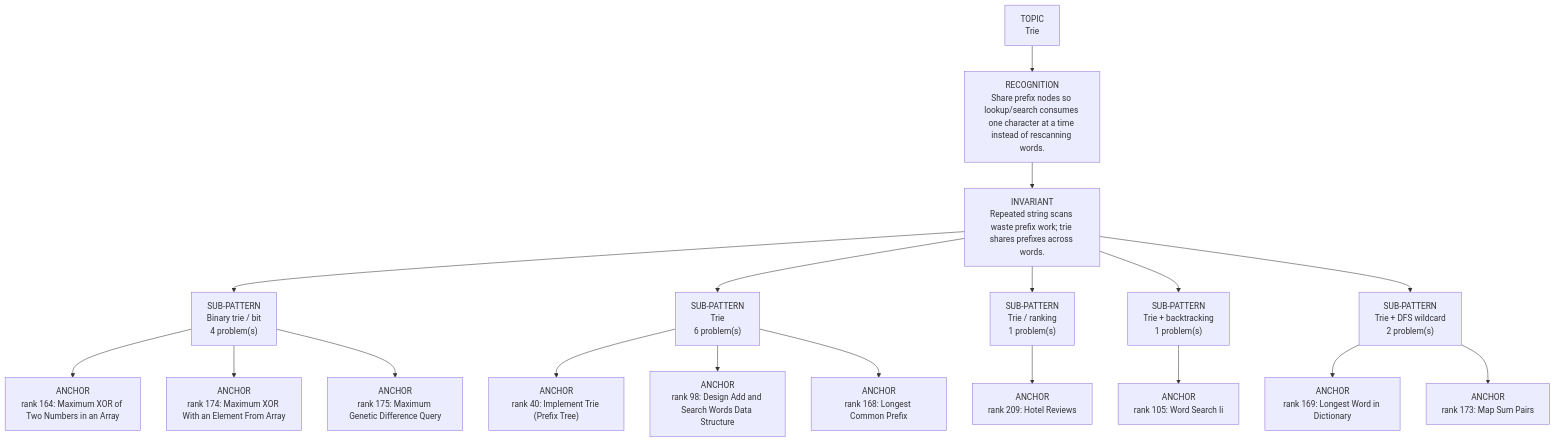
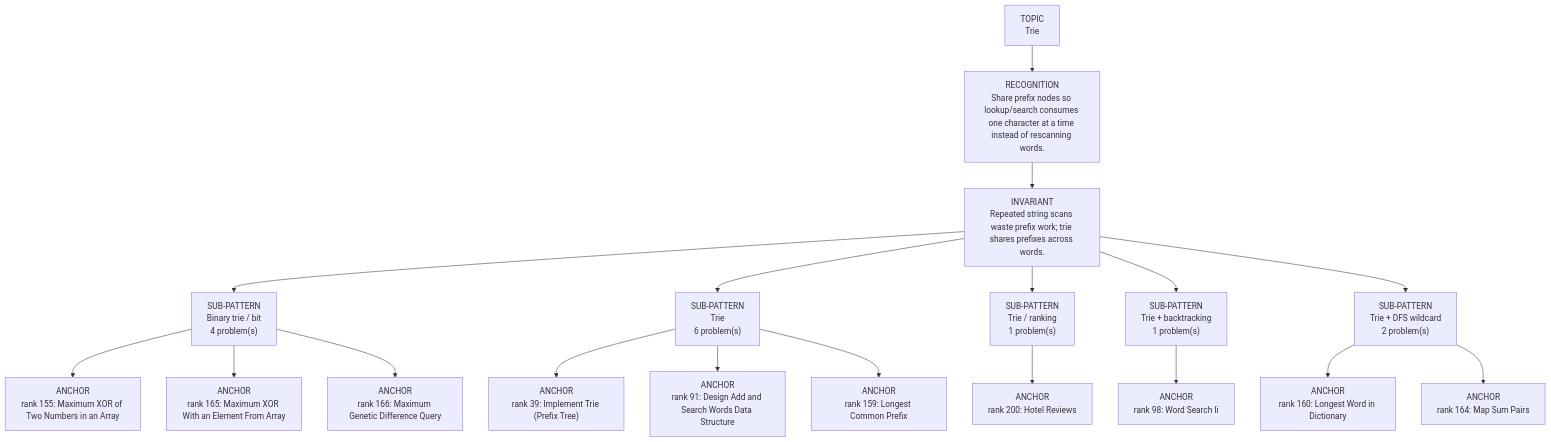
The diagram in dsa-review/interview/patterns/17_trie.md (thechiranjeevjain/DSA10days), drawn with Mermaid before and after one commit. The commit also changed other lines of this file and 61 other files, not shown here.

````diff
--- a/dsa-review/interview/patterns/17_trie.md
+++ b/dsa-review/interview/patterns/17_trie.md
@@ -15,22 +15,22 @@
 ```mermaid
 flowchart TD
   Topic["TOPIC<br/>Trie"]
   Recognition["RECOGNITION<br/>Share prefix nodes so lookup/search consumes one character at a time instead of rescanning words."]
   Invariant["INVARIANT<br/>Repeated string scans waste prefix work; trie shares prefixes across words."]
   Topic --> Recognition --> Invariant
   Invariant --> Sub01["SUB-PATTERN<br/>Binary trie / bit<br/>4 problem(s)"]
-  Sub01 --> Sub01A01["ANCHOR<br/>rank 164: Maximum XOR of Two Numbers in an Array"]
-  Sub01 --> Sub01A02["ANCHOR<br/>rank 174: Maximum XOR With an Element From Array"]
-  Sub01 --> Sub01A03["ANCHOR<br/>rank 175: Maximum Genetic Difference Query"]
+  Sub01 --> Sub01A01["ANCHOR<br/>rank 155: Maximum XOR of Two Numbers in an Array"]
+  Sub01 --> Sub01A02["ANCHOR<br/>rank 165: Maximum XOR With an Element From Array"]
+  Sub01 --> Sub01A03["ANCHOR<br/>rank 166: Maximum Genetic Difference Query"]
   Invariant --> Sub02["SUB-PATTERN<br/>Trie<br/>6 problem(s)"]
-  Sub02 --> Sub02A01["ANCHOR<br/>rank 40: Implement Trie (Prefix Tree)"]
-  Sub02 --> Sub02A02["ANCHOR<br/>rank 98: Design Add and Search Words Data Structure"]
-  Sub02 --> Sub02A03["ANCHOR<br/>rank 168: Longest Common Prefix"]
+  Sub02 --> Sub02A01["ANCHOR<br/>rank 39: Implement Trie (Prefix Tree)"]
+  Sub02 --> Sub02A02["ANCHOR<br/>rank 91: Design Add and Search Words Data Structure"]
+  Sub02 --> Sub02A03["ANCHOR<br/>rank 159: Longest Common Prefix"]
   Invariant --> Sub03["SUB-PATTERN<br/>Trie / ranking<br/>1 problem(s)"]
-  Sub03 --> Sub03A01["ANCHOR<br/>rank 209: Hotel Reviews"]
+  Sub03 --> Sub03A01["ANCHOR<br/>rank 200: Hotel Reviews"]
   Invariant --> Sub04["SUB-PATTERN<br/>Trie + backtracking<br/>1 problem(s)"]
-  Sub04 --> Sub04A01["ANCHOR<br/>rank 105: Word Search Ii"]
+  Sub04 --> Sub04A01["ANCHOR<br/>rank 98: Word Search Ii"]
   Invariant --> Sub05["SUB-PATTERN<br/>Trie + DFS wildcard<br/>2 problem(s)"]
-  Sub05 --> Sub05A01["ANCHOR<br/>rank 169: Longest Word in Dictionary"]
-  Sub05 --> Sub05A02["ANCHOR<br/>rank 173: Map Sum Pairs"]
+  Sub05 --> Sub05A01["ANCHOR<br/>rank 160: Longest Word in Dictionary"]
+  Sub05 --> Sub05A02["ANCHOR<br/>rank 164: Map Sum Pairs"]
 ```
````
